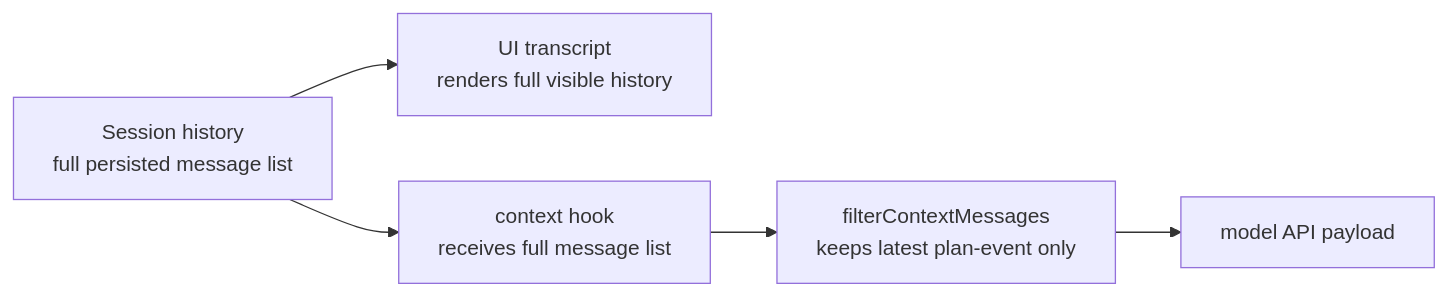
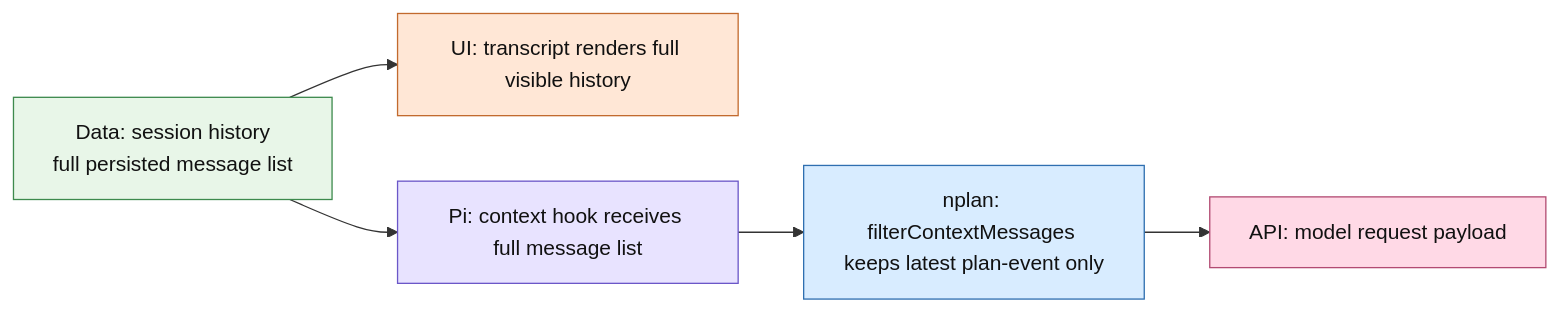
The second of 5 diagrams in docs/planning-message-lifecycle.md (pyronaur/nplan), drawn with Mermaid before and after one commit. The commit also changed other lines of this file, not shown here.

First line of the commit message:
Clarify ownership boundaries in planning message lifecycle docs

````diff
--- a/docs/planning-message-lifecycle.md
+++ b/docs/planning-message-lifecycle.md
@@ -56,7 +78,18 @@
 ```mermaid
 flowchart LR
-    A[Session history\nfull persisted message list] --> B[UI transcript\nrenders full visible history]
-    A --> C[context hook\nreceives full message list]
-    C --> D[filterContextMessages\nkeeps latest plan-event only]
-    D --> E[model API payload]
+    A[Data: session history\nfull persisted message list] --> B[UI: transcript renders full visible history]
+    A --> C[Pi: context hook receives full message list]
+    C --> D[nplan: filterContextMessages keeps latest plan-event only]
+    D --> E[API: model request payload]
+
+    classDef data fill:#e8f6e8,stroke:#3d8a4d,color:#111;
+    classDef ui fill:#ffe7d6,stroke:#c26a2e,color:#111;
+    classDef pi fill:#e8e3ff,stroke:#6b57c8,color:#111;
+    classDef nplan fill:#d8ecff,stroke:#2f6fb0,color:#111;
+    classDef api fill:#ffd9e6,stroke:#b24b72,color:#111;
+    class A data;
+    class B ui;
+    class C pi;
+    class D nplan;
+    class E api;
 ```
````
